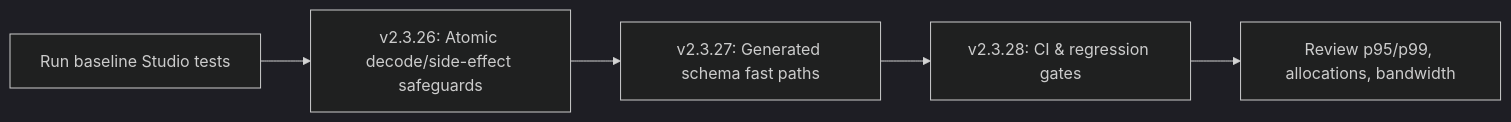
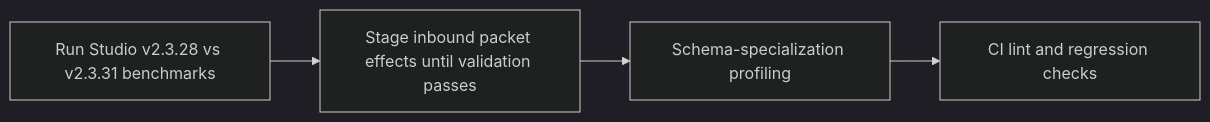
Before and after one commit to SillyDev2026/NetStreamV2: the diagram in docs/NEXT_OPTIONS.md, drawn with Mermaid (dark theme). The commit also changed other lines of this file, not shown here.

Commit message:
docs: document v2.3.29–2.3.31 optimizations and Studio verification requirements

````diff
--- a/docs/NEXT_OPTIONS.md
+++ b/docs/NEXT_OPTIONS.md
@@ -37,7 +45,6 @@
 ```mermaid
 flowchart LR
-    A["Run baseline Studio tests"] --> B["v2.3.26: Atomic decode/side-effect safeguards"]
-    B --> C["v2.3.27: Generated schema fast paths"]
-    C --> D["v2.3.28: CI & regression gates"]
-    D --> E["Review p95/p99, allocations, bandwidth"]
+    A["Run Studio v2.3.28 vs v2.3.31 benchmarks"] --> B["Stage inbound packet effects until validation passes"]
+    B --> C["Schema-specialization profiling"]
+    C --> D["CI lint and regression checks"]
 ```
````
